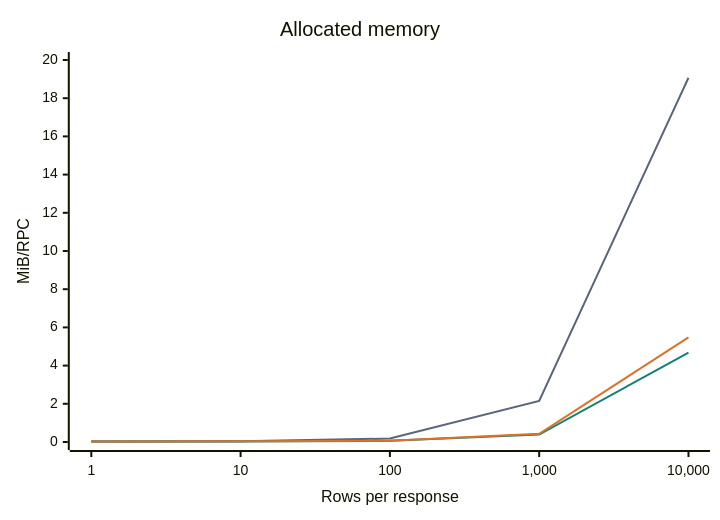
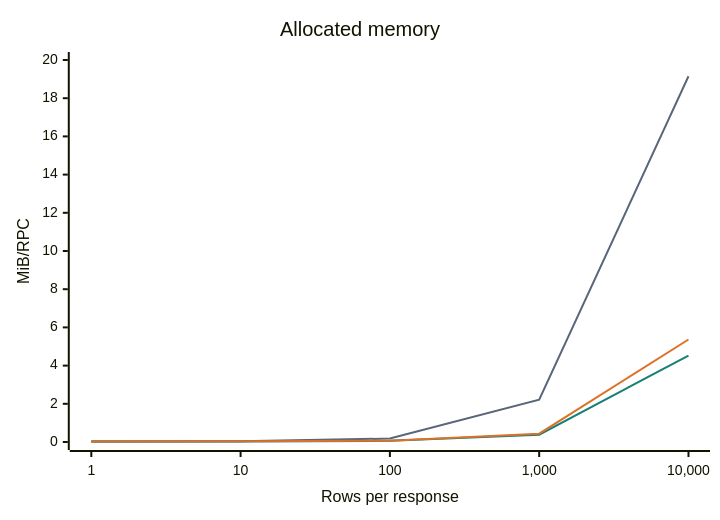
The second of 3 diagrams in QUERY.md (ydb-platform/ydb-go-sdk), drawn with Mermaid before and after one commit. The commit also changed other lines of this file and 5 other files, not shown here.

Commit message:
perf(query): allocate Arrow row handles per batch

````diff
--- a/QUERY.md
+++ b/QUERY.md
@@ -220,15 +222,15 @@
 ```mermaid
 ---
 config:
   themeVariables:
     xyChart:
       plotColorPalette: "#596579, #158073, #dc7127"
 ---
 xychart-beta
     title "Allocated memory"
     x-axis "Rows per response" ["1", "10", "100", "1,000", "10,000"]
     y-axis "MiB/RPC" 0 --> 20
-    line "Value" [0.021, 0.035, 0.179, 2.153, 19.071]
-    line "QueryArrow" [0.026, 0.029, 0.059, 0.387, 4.679]
-    line "WithArrow" [0.029, 0.033, 0.066, 0.433, 5.475]
+    line "Value" [0.021, 0.035, 0.179, 2.214, 19.149]
+    line "QueryArrow" [0.026, 0.029, 0.059, 0.385, 4.528]
+    line "WithArrow" [0.029, 0.033, 0.066, 0.437, 5.368]
 ```
````
